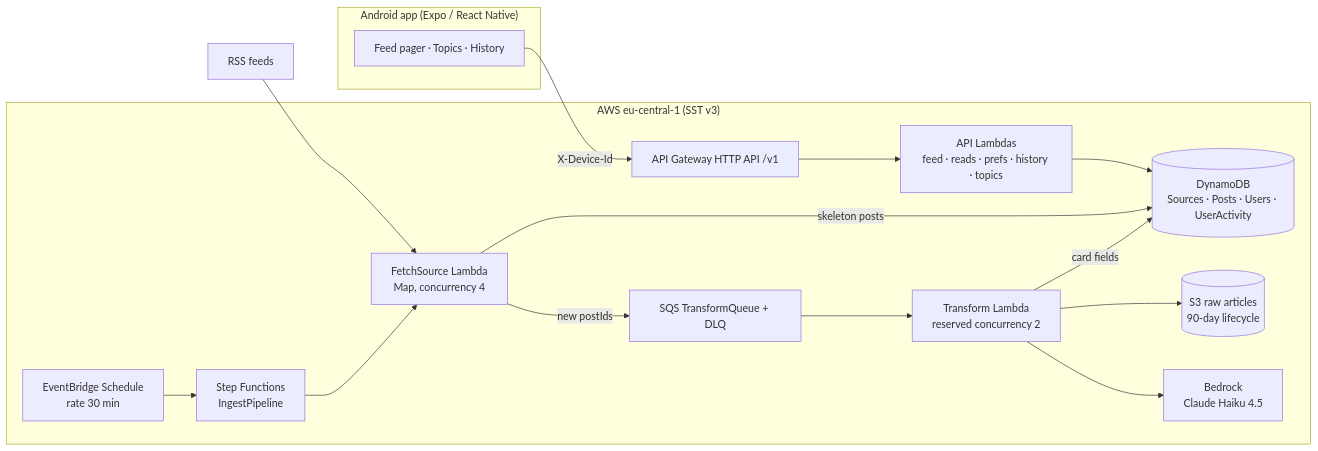
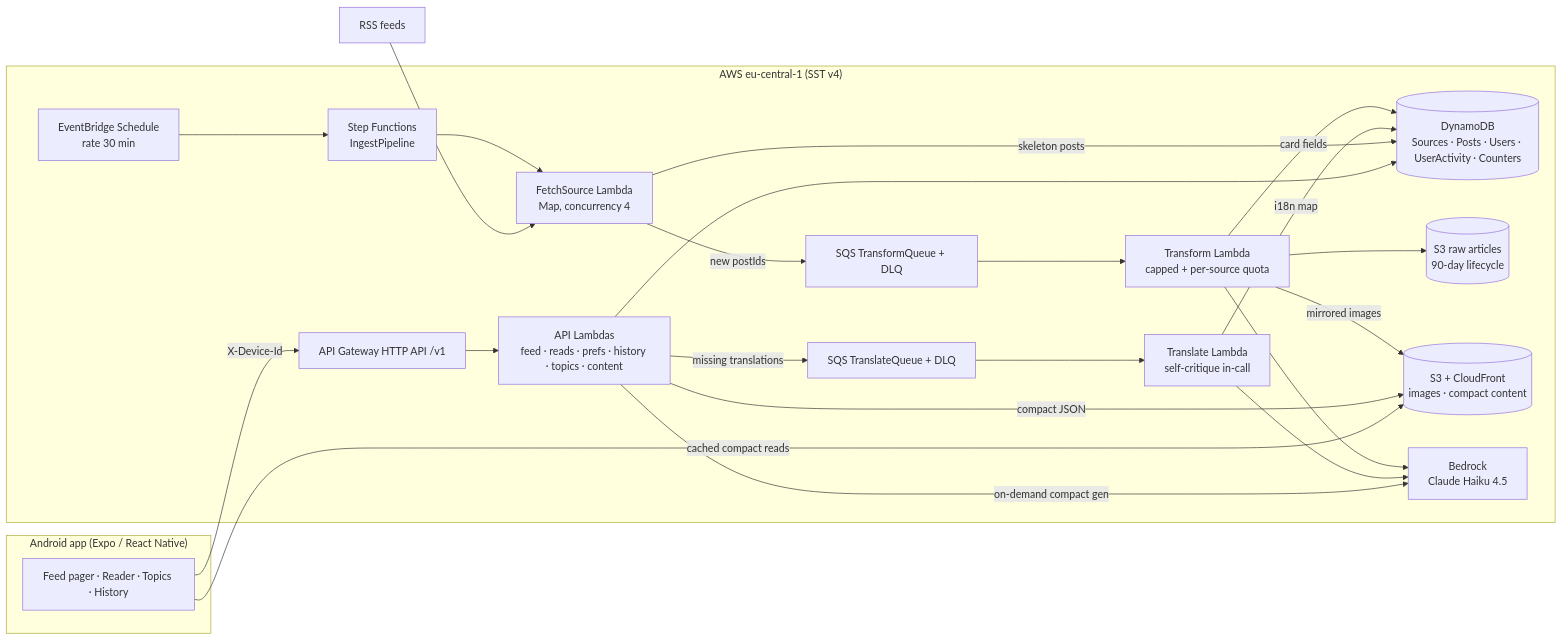
One commit to tormozz48/techtok changed the diagram in docs/DESIGN.md. Above: the diagram before and after it, drawn with Mermaid. The commit also changed other lines of this file and 2 other files, not shown here.

````diff
--- a/docs/DESIGN.md
+++ b/docs/DESIGN.md
@@ -77,28 +87,38 @@
 ```mermaid
 flowchart LR
   subgraph Mobile["Android app (Expo / React Native)"]
-    APP[Feed pager · Topics · History]
+    APP[Feed pager · Reader · Topics · History]
   end
 
-  subgraph AWS["AWS eu-central-1 (SST v3)"]
+  subgraph AWS["AWS eu-central-1 (SST v4)"]
     APIGW[API Gateway HTTP API /v1]
-    FN_API[API Lambdas<br/>feed · reads · prefs · history · topics]
-    DDB[(DynamoDB<br/>Sources · Posts · Users · UserActivity)]
+    FN_API[API Lambdas<br/>feed · reads · prefs · history · topics · content]
+    DDB[(DynamoDB<br/>Sources · Posts · Users · UserActivity · Counters)]
     EB[EventBridge Schedule<br/>rate 30 min]
     SFN[Step Functions<br/>IngestPipeline]
     FETCH[FetchSource Lambda<br/>Map, concurrency 4]
     SQS[SQS TransformQueue + DLQ]
-    TRANSFORM[Transform Lambda<br/>reserved concurrency 2]
+    TRQ[SQS TranslateQueue + DLQ]
+    TRANSFORM[Transform Lambda<br/>capped + per-source quota]
+    TRANSLATE[Translate Lambda<br/>self-critique in-call]
     S3[(S3 raw articles<br/>90-day lifecycle)]
+    CDN[(S3 + CloudFront<br/>images · compact content)]
     BEDROCK[Bedrock<br/>Claude Haiku 4.5]
   end
 
   SOURCES[RSS feeds] --> FETCH
   APP -- "X-Device-Id" --> APIGW --> FN_API --> DDB
+  APP -- cached compact reads --> CDN
   EB --> SFN --> FETCH
   FETCH -- new postIds --> SQS --> TRANSFORM
   FETCH -- skeleton posts --> DDB
+  FN_API -- missing translations --> TRQ --> TRANSLATE
+  FN_API -- on-demand compact gen --> BEDROCK
+  FN_API -- compact JSON --> CDN
+  TRANSLATE -- i18n map --> DDB
+  TRANSLATE --> BEDROCK
   TRANSFORM --> S3
+  TRANSFORM -- mirrored images --> CDN
   TRANSFORM --> BEDROCK
   TRANSFORM -- card fields --> DDB
 ```
````
